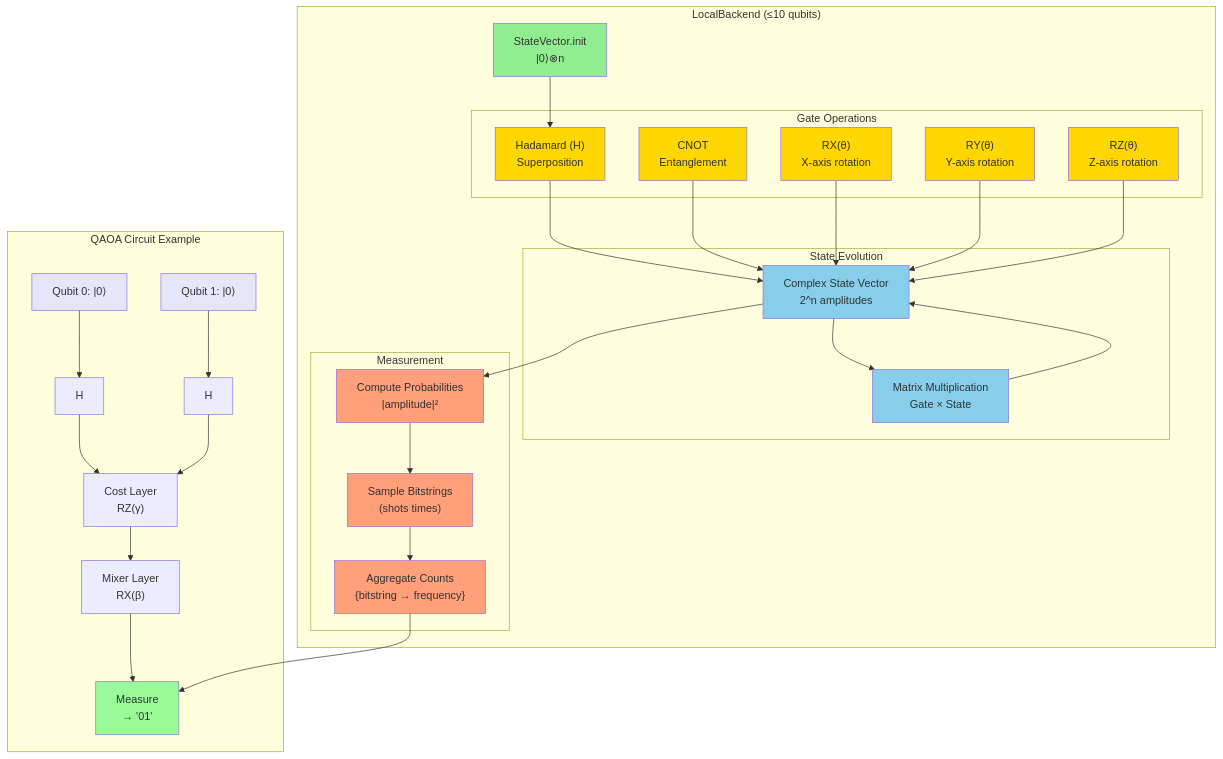
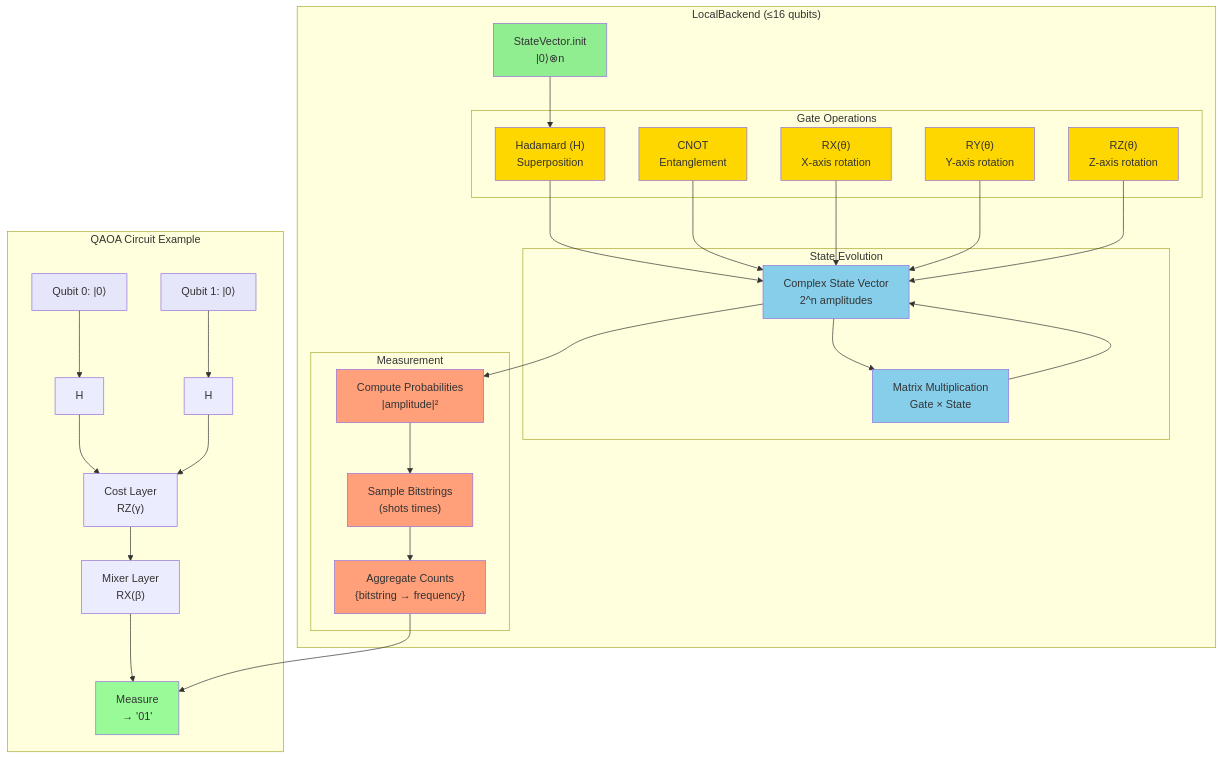
Before and after one commit to Thorium/FSharp.Azure.Quantum: the second of 2 diagrams in README.md, drawn with Mermaid. The commit also changed other lines of this file and 7 other files, not shown here.

Commit message:
Update documentation: LocalBackend supports 16 qubits (not 10)

````diff
--- a/README.md
+++ b/README.md
@@ -369,76 +369,76 @@
 ```mermaid
 graph TB
-    subgraph "LocalBackend (≤10 qubits)"
+    subgraph "LocalBackend (≤16 qubits)"
         INIT["StateVector.init<br/>|0⟩⊗n"]
         
         subgraph "Gate Operations"
             H["Hadamard (H)<br/>Superposition"]
             CNOT["CNOT<br/>Entanglement"]
             RX["RX(θ)<br/>X-axis rotation"]
             RY["RY(θ)<br/>Y-axis rotation"]
             RZ["RZ(θ)<br/>Z-axis rotation"]
         end
         
         subgraph "State Evolution"
             STATE["Complex State Vector<br/>2^n amplitudes"]
             MATRIX["Matrix Multiplication<br/>Gate × State"]
         end
         
         subgraph "Measurement"
             PROB["Compute Probabilities<br/>|amplitude|²"]
             SAMPLE["Sample Bitstrings<br/>(shots times)"]
             COUNT["Aggregate Counts<br/>{bitstring → frequency}"]
         end
         
         INIT --> H
         H --> STATE
         CNOT --> STATE
         RX --> STATE
         RY --> STATE
         RZ --> STATE
         
         STATE --> MATRIX
         MATRIX --> STATE
         
         STATE --> PROB
         PROB --> SAMPLE
         SAMPLE --> COUNT
     end
     
     subgraph "QAOA Circuit Example"
         Q0["Qubit 0: |0⟩"]
         Q1["Qubit 1: |0⟩"]
         
         H0["H"]
         H1["H"]
         
         COST["Cost Layer<br/>RZ(γ)"]
         MIX["Mixer Layer<br/>RX(β)"]
         
         MEAS["Measure<br/>→ '01'"]
         
         Q0 --> H0
         Q1 --> H1
         H0 --> COST
         H1 --> COST
         COST --> MIX
         MIX --> MEAS
     end
     
     COUNT --> MEAS
     
     style INIT fill:#90EE90
     style H fill:#FFD700
     style CNOT fill:#FFD700
     style RX fill:#FFD700
     style RY fill:#FFD700
     style RZ fill:#FFD700
     style STATE fill:#87CEEB
     style MATRIX fill:#87CEEB
     style PROB fill:#FFA07A
     style SAMPLE fill:#FFA07A
     style COUNT fill:#FFA07A
     style Q0 fill:#E6E6FA
     style Q1 fill:#E6E6FA
     style MEAS fill:#98FB98
 ```
````
